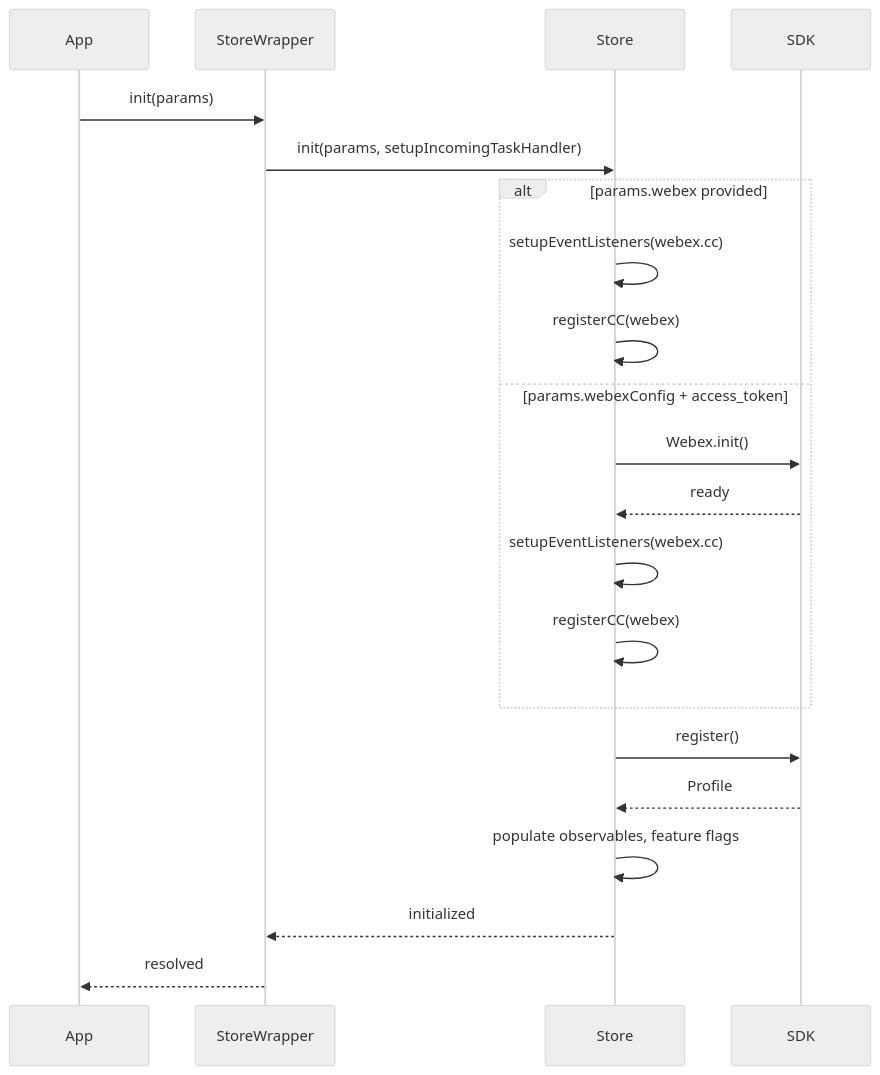
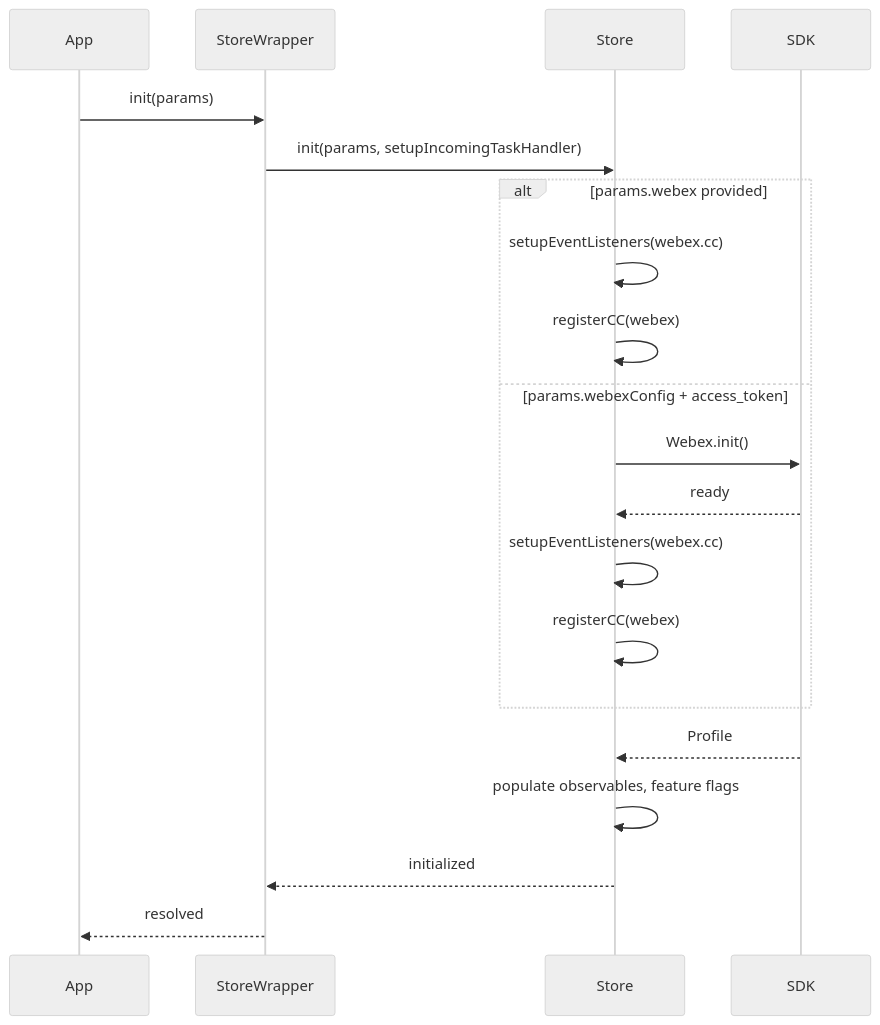
The second of 6 diagrams in packages/contact-center/store/ai-docs/ARCHITECTURE.md (webex/widgets), drawn with Mermaid (neutral theme) before and after one commit. The commit also changed other lines of this file and 1 other file, not shown here.

````diff
--- a/packages/contact-center/store/ai-docs/ARCHITECTURE.md
+++ b/packages/contact-center/store/ai-docs/ARCHITECTURE.md
@@ -93,24 +93,23 @@
 ```mermaid
 sequenceDiagram
   participant App
   participant Wrapper as StoreWrapper
   participant Store
   participant SDK
 
   App->>Wrapper: init(params)
   Wrapper->>Store: init(params, setupIncomingTaskHandler)
   alt params.webex provided
     Store->>Store: setupEventListeners(webex.cc)
     Store->>Store: registerCC(webex)
   else params.webexConfig + access_token
     Store->>SDK: Webex.init()
     SDK-->>Store: ready
     Store->>Store: setupEventListeners(webex.cc)
     Store->>Store: registerCC(webex)
   end
-  Store->>SDK: register()
   SDK-->>Store: Profile
   Store->>Store: populate observables, feature flags
   Store-->>Wrapper: initialized
   Wrapper-->>App: resolved
 ```
````
